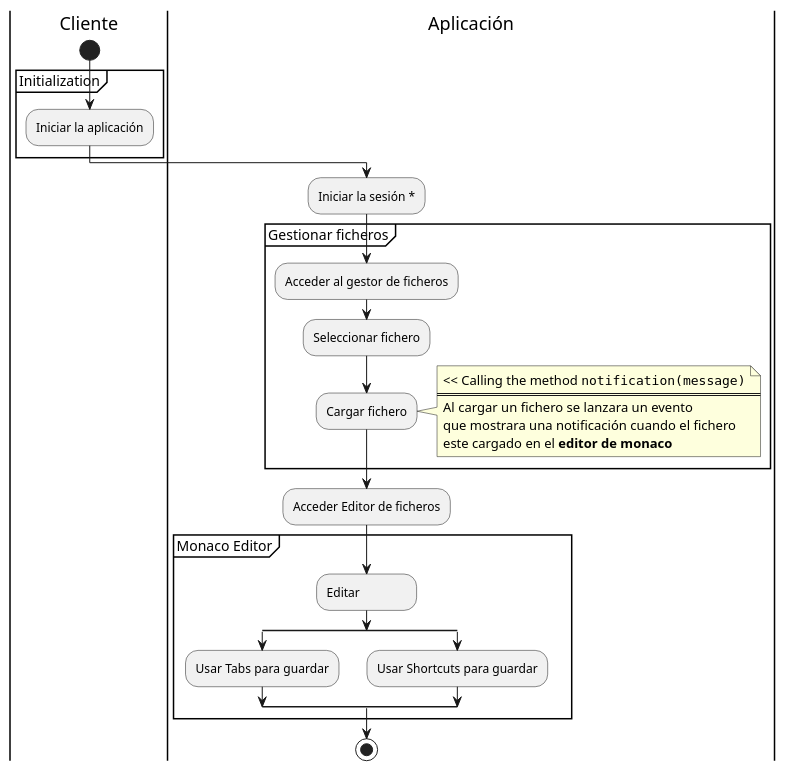
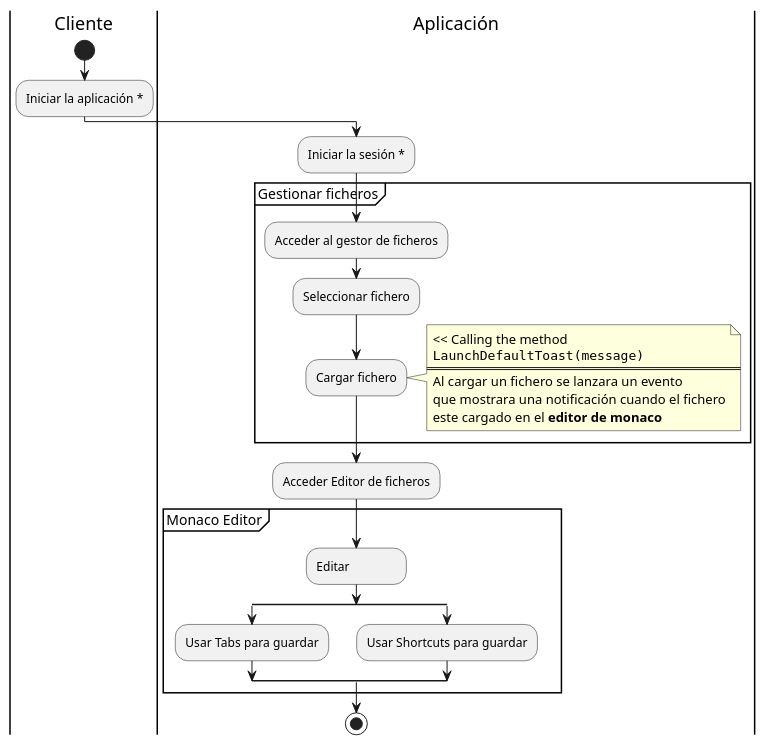
The diagram in UML/_6.4.ActivityDiagram.puml (nonodev96/THUMDER), drawn with PlantUML before and after one commit. The commit also changed 21 other files, not shown here.

Commit message:
Add control to Auth, routes, guards, and log out, and changes in UML

```diff
--- a/UML/_6.4.ActivityDiagram.puml
+++ b/UML/_6.4.ActivityDiagram.puml
@@ -1,52 +1,51 @@
 @startuml
 'https://plantuml.com/activity-diagram-beta
 '!theme amiga from https://raw.githubusercontent.com/plantuml/plantuml/master/themes
 
 'Iniciar Sesión
 skinparam defaultFontName consolas
 skinparam minClassWidth 100
 skinparam conditionStyle inside
 'skinparam defaultTextAlignment center
 
 |Cliente|
 
   start
-  partition Initialization {
-    :Iniciar la aplicación;
-  }
+  :Iniciar la aplicación *;
 
   |Aplicación|
 
   :Iniciar la sesión *;
 
   partition "Gestionar ficheros" {
     :Acceder al gestor de ficheros;
 
     :Seleccionar fichero;
     :Cargar fichero;
     note right
-      << Calling the method ""notification(message)""
+      << Calling the method
+      ""LaunchDefaultToast(message)""
       ====
       Al cargar un fichero se lanzara un evento
       que mostrara una notificación cuando el fichero
       este cargado en el <b>editor de monaco</b>
     end note
   }
 
   :Acceder Editor de ficheros;
 
   partition "Monaco Editor" {
 
     :Editar;
 
     split
        :Usar Tabs para guardar;
     split again
        :Usar Shortcuts para guardar;
     end split
   }
   stop
 
 
 
 @enduml
```
